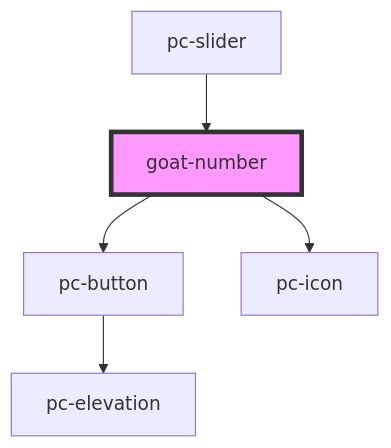
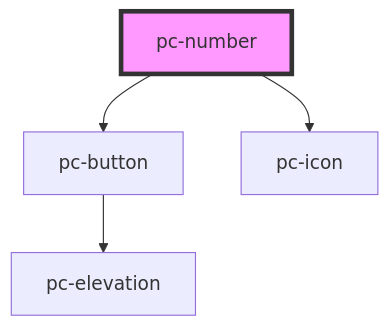
Before and after one commit to redvars/peacock: the diagram in src/components/input-controls/input/number/readme.md, drawn with Mermaid. The commit also changed other lines of this file and 299 other files, not shown here.

````diff
--- a/src/components/input-controls/input/number/readme.md
+++ b/src/components/input-controls/input/number/readme.md
@@ -91,8 +87,7 @@
 ```mermaid
 graph TD;
-  goat-number --> pc-button
-  goat-number --> pc-icon
+  pc-number --> pc-button
+  pc-number --> pc-icon
   pc-button --> pc-elevation
-  pc-slider --> goat-number
-  style goat-number fill:#f9f,stroke:#333,stroke-width:4px
+  style pc-number fill:#f9f,stroke:#333,stroke-width:4px
 ```
````
